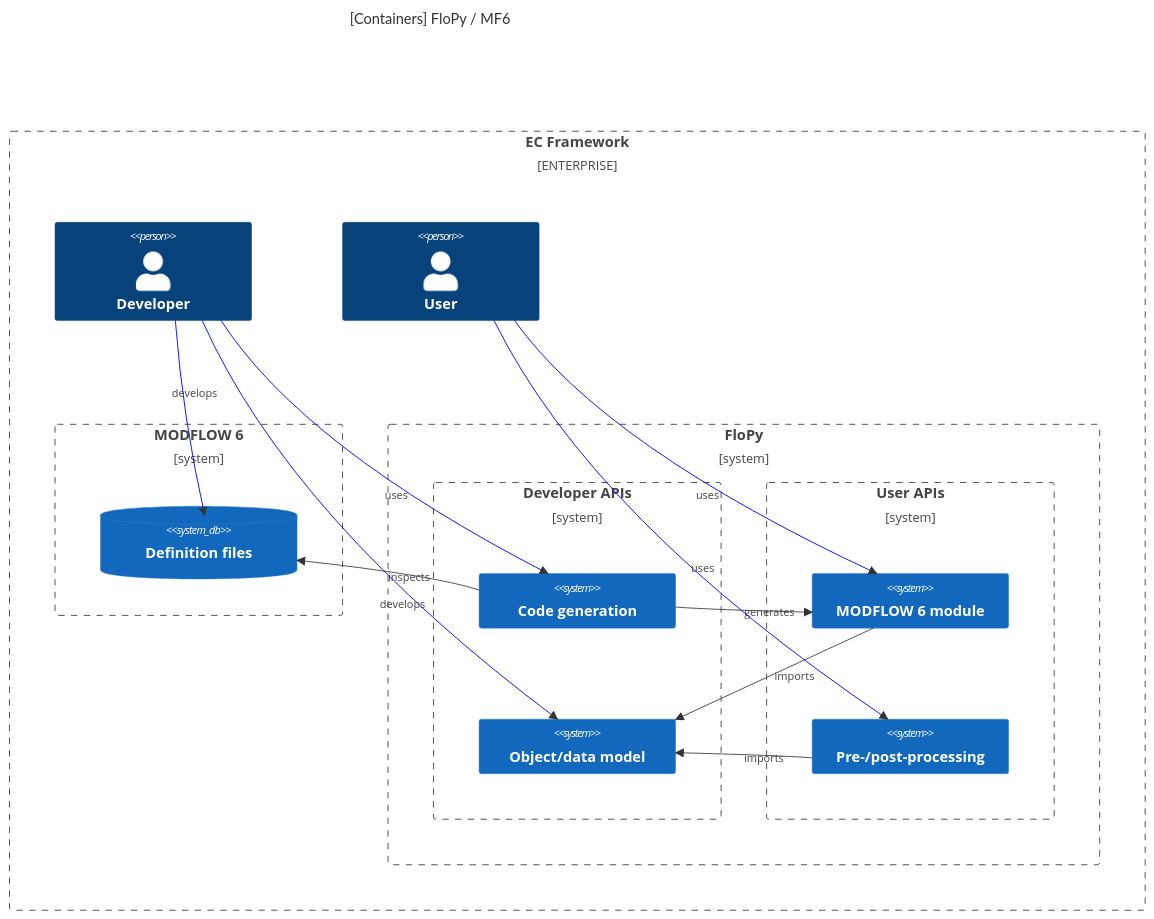
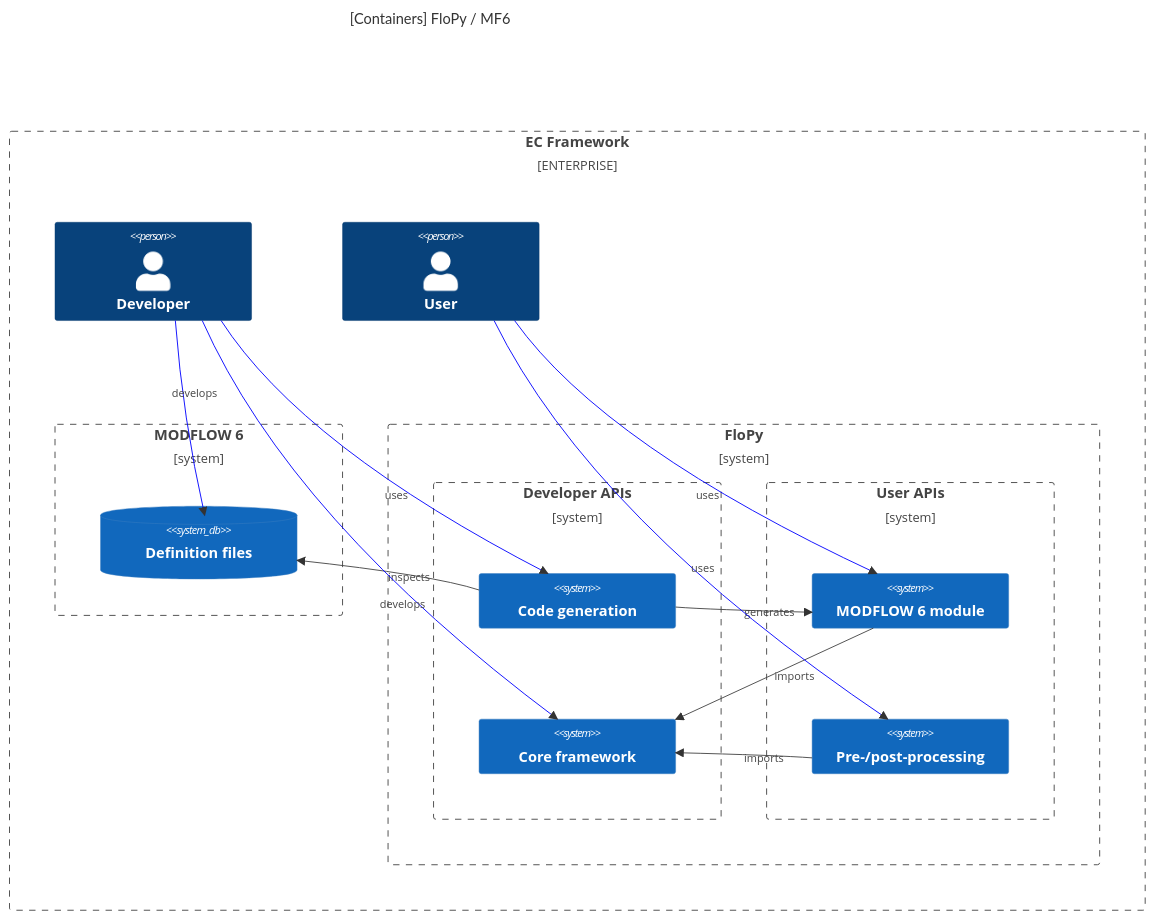
One commit to modflowpy/pyphoenix-project changed the second of 4 diagrams in docs/dev/c4.md. Above: the diagram before and after it, drawn with Mermaid. The commit also changed other lines of this file, not shown here.

Commit message:
draft some component diagrams

````diff
--- a/docs/dev/c4.md
+++ b/docs/dev/c4.md
@@ -39,44 +35,44 @@
 ```mermaid
 C4Container
   title [Containers] FloPy / MF6
 
   Enterprise_Boundary(ec, "EC Framework") {
 
     Boundary(mf6, "MODFLOW 6"){
       SystemDb(dfn, "Definition files")
     }
 
     Boundary(flopy, "FloPy") {
       Boundary(devs, "Developer APIs") {
         System(fpycodegen, "Code generation")
-        System(fpycore, "Object/data model")
+        System(fpycore, "Core framework")
       }
       Boundary(users, "User APIs") {
           System(fpymf6, "MODFLOW 6 module")
           System(fpyprepost, "Pre-/post-processing")
       }
       Rel(fpymf6, fpycore, "imports")
       Rel(fpyprepost, fpycore, "imports")
     
       Rel(fpycodegen, dfn, "inspects")
       Rel(fpycodegen, fpymf6, "generates")
     }
 
     Person(dev, "Developer", "")
     Person(user, "User", "")
 
     Rel(dev, dfn, "develops")
     Rel(dev, fpycore, "develops")
     Rel(dev, fpycodegen, "uses")
     Rel(user, fpymf6, "uses")
     Rel(user, fpyprepost, "uses")
     UpdateRelStyle(dev, dfn, $lineColor="blue", $offsetX="-20" $offsetY="-30")
     UpdateRelStyle(dev, fpycore, $lineColor="blue", $offsetY="90")
     UpdateRelStyle(dev, fpycodegen, $lineColor="blue", $offsetY="50")
     UpdateRelStyle(user, fpymf6, $lineColor="blue", $offsetY="50")
     UpdateRelStyle(user, fpyprepost, $lineColor="blue", $offsetY="50")
     UpdateRelStyle(user, fpycore, $lineColor="blue", $offsetX="-20" $offsetY="-10")
   }
 
   UpdateLayoutConfig($c4ShapeInRow="5", $c4BoundaryInRow="5")
 ```
````
